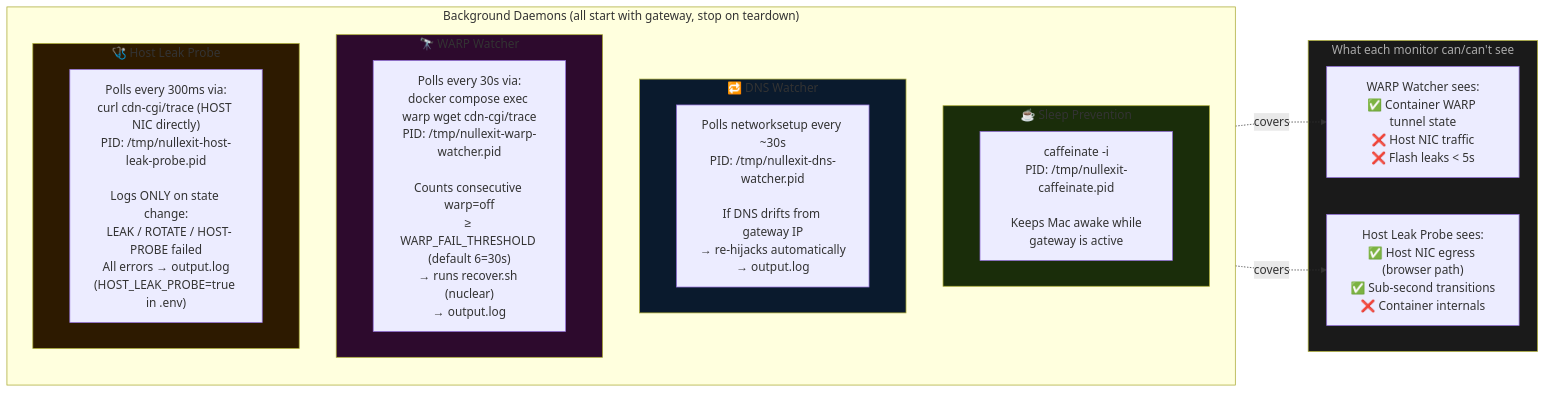
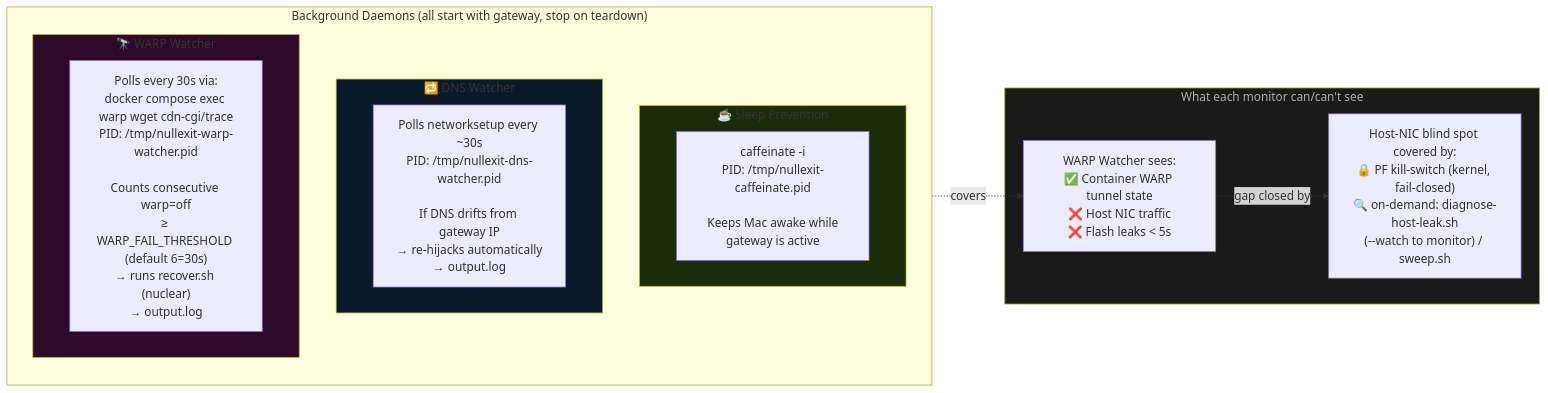
Before and after one commit to OmarAlaaeldein/nullexit: the fourth of 7 diagrams in diagrams.md, drawn with Mermaid. The commit also changed other lines of this file and 3 other files, not shown here.

````diff
--- a/diagrams.md
+++ b/diagrams.md
@@ -184,36 +181,32 @@
 ```mermaid
 graph LR
     subgraph DAEMONS["Background Daemons (all start with gateway, stop on teardown)"]
         direction TB
 
         subgraph D1["☕ Sleep Prevention"]
             CAFF["caffeinate -i\nPID: /tmp/nullexit-caffeinate.pid\n\nKeeps Mac awake while\ngateway is active"]
         end
 
         subgraph D2["🔁 DNS Watcher"]
             DNSW["Polls networksetup every ~30s\nPID: /tmp/nullexit-dns-watcher.pid\n\nIf DNS drifts from gateway IP\n→ re-hijacks automatically\n→ output.log"]
         end
 
         subgraph D3["🔭 WARP Watcher"]
             WARPW["Polls every 30s via:\ndocker compose exec warp wget cdn-cgi/trace\nPID: /tmp/nullexit-warp-watcher.pid\n\nCounts consecutive warp=off\n≥ WARP_FAIL_THRESHOLD (default 6=30s)\n→ runs recover.sh (nuclear)\n→ output.log"]
         end
 
-        subgraph D4["🩺 Host Leak Probe"]
-            LEAKP["Polls every 300ms via:\ncurl cdn-cgi/trace (HOST NIC directly)\nPID: /tmp/nullexit-host-leak-probe.pid\n\nLogs ONLY on state change:\n  LEAK / ROTATE / HOST-PROBE failed\nAll errors → output.log\n(HOST_LEAK_PROBE=true in .env)"]
-        end
     end
 
     subgraph BLIND["What each monitor can/can't see"]
         B1["WARP Watcher sees:\n✅ Container WARP tunnel state\n❌ Host NIC traffic\n❌ Flash leaks < 5s"]
-        B2["Host Leak Probe sees:\n✅ Host NIC egress (browser path)\n✅ Sub-second transitions\n❌ Container internals"]
+        B2["Host-NIC blind spot covered by:\n🔒 PF kill-switch (kernel, fail-closed)\n🔍 on-demand: diagnose-host-leak.sh\n(--watch to monitor) / sweep.sh"]
     end
 
     D3 -.->|"covers"| B1
-    D4 -.->|"covers"| B2
+    B1 -.->|"gap closed by"| B2
 
     style D1 fill:#1a2d0a
     style D2 fill:#0a1a2d
     style D3 fill:#2d0a2d
-    style D4 fill:#2d1a00
     style BLIND fill:#1a1a1a,color:#aaa
 ```
````
